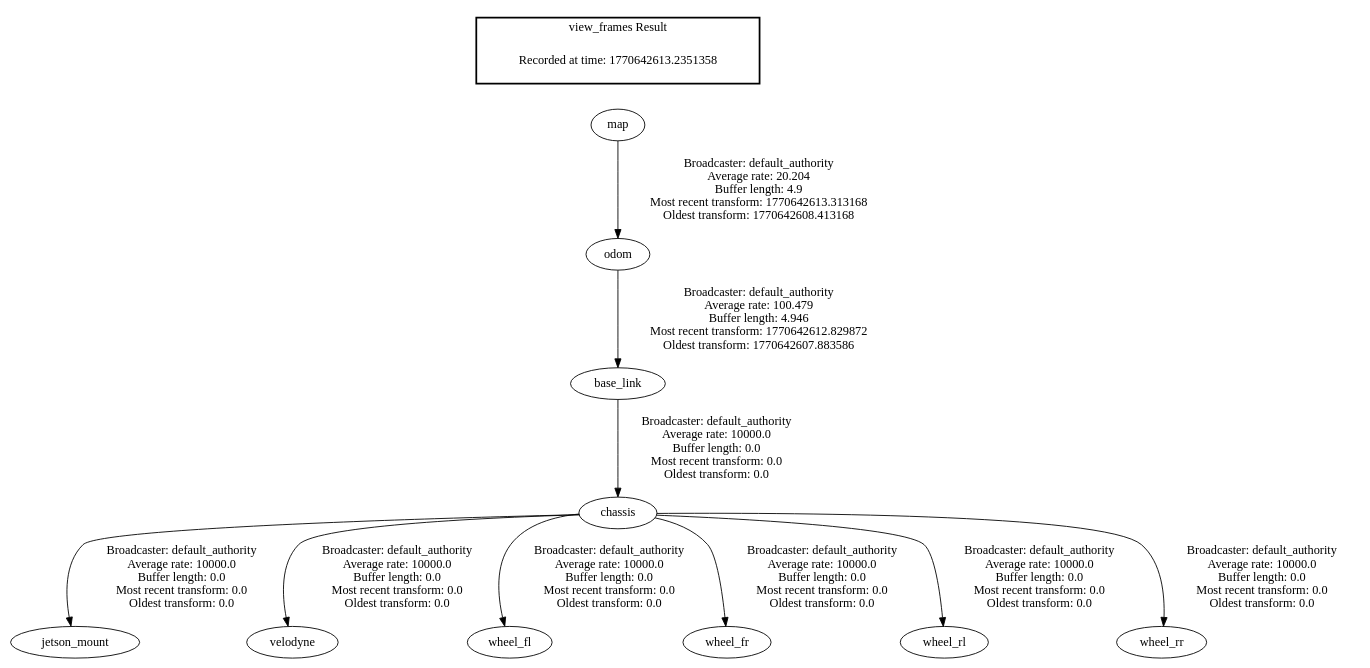
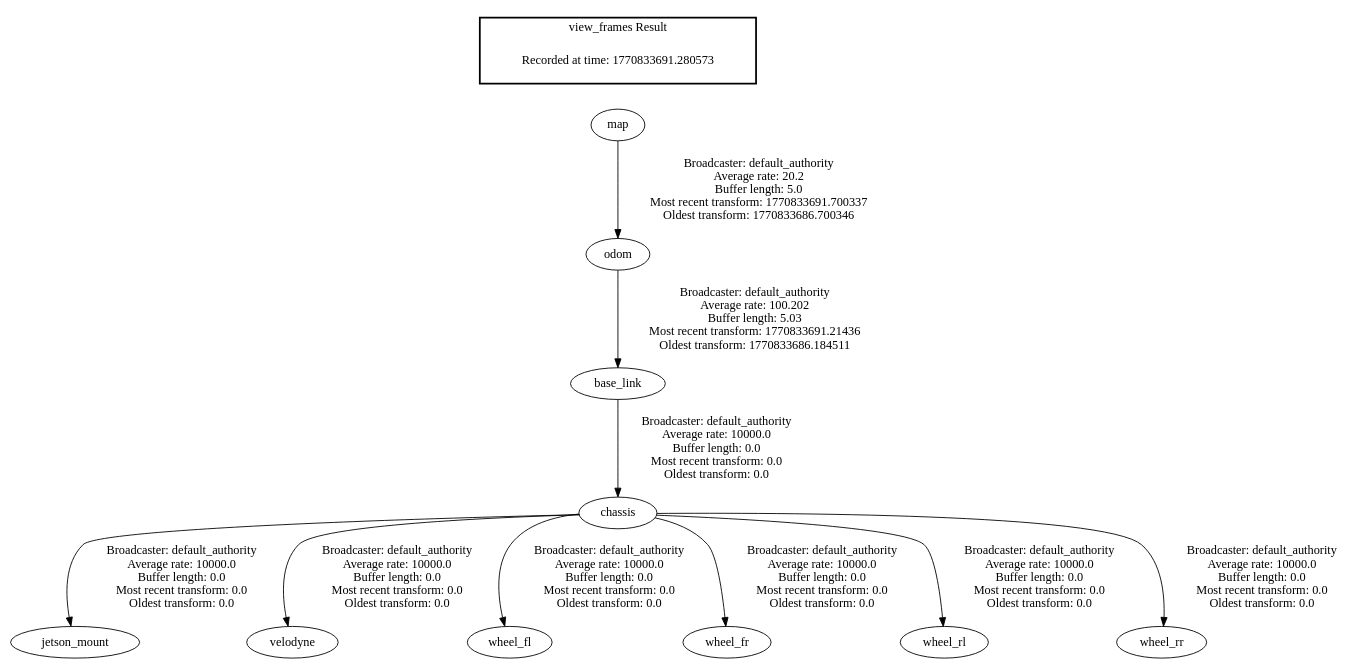
One commit to lukasderia/ros2_leo_ws changed the diagram in frames.gv. Above: the diagram before and after it, drawn with Graphviz. The commit also changed 1 other file, not shown here.

```diff
--- a/frames.gv
+++ b/frames.gv
@@ -1,15 +1,15 @@
 digraph G {
-"odom" -> "base_link"[label=" Broadcaster: default_authority\nAverage rate: 100.479\nBuffer length: 4.946\nMost recent transform: 1770642612.829872\nOldest transform: 1770642607.883586\n"];
-"map" -> "odom"[label=" Broadcaster: default_authority\nAverage rate: 20.204\nBuffer length: 4.9\nMost recent transform: 1770642613.313168\nOldest transform: 1770642608.413168\n"];
 "base_link" -> "chassis"[label=" Broadcaster: default_authority\nAverage rate: 10000.0\nBuffer length: 0.0\nMost recent transform: 0.0\nOldest transform: 0.0\n"];
+"odom" -> "base_link"[label=" Broadcaster: default_authority\nAverage rate: 100.202\nBuffer length: 5.03\nMost recent transform: 1770833691.21436\nOldest transform: 1770833686.184511\n"];
 "chassis" -> "jetson_mount"[label=" Broadcaster: default_authority\nAverage rate: 10000.0\nBuffer length: 0.0\nMost recent transform: 0.0\nOldest transform: 0.0\n"];
 "chassis" -> "velodyne"[label=" Broadcaster: default_authority\nAverage rate: 10000.0\nBuffer length: 0.0\nMost recent transform: 0.0\nOldest transform: 0.0\n"];
 "chassis" -> "wheel_fl"[label=" Broadcaster: default_authority\nAverage rate: 10000.0\nBuffer length: 0.0\nMost recent transform: 0.0\nOldest transform: 0.0\n"];
 "chassis" -> "wheel_fr"[label=" Broadcaster: default_authority\nAverage rate: 10000.0\nBuffer length: 0.0\nMost recent transform: 0.0\nOldest transform: 0.0\n"];
 "chassis" -> "wheel_rl"[label=" Broadcaster: default_authority\nAverage rate: 10000.0\nBuffer length: 0.0\nMost recent transform: 0.0\nOldest transform: 0.0\n"];
 "chassis" -> "wheel_rr"[label=" Broadcaster: default_authority\nAverage rate: 10000.0\nBuffer length: 0.0\nMost recent transform: 0.0\nOldest transform: 0.0\n"];
+"map" -> "odom"[label=" Broadcaster: default_authority\nAverage rate: 20.2\nBuffer length: 5.0\nMost recent transform: 1770833691.700337\nOldest transform: 1770833686.700346\n"];
 edge [style=invis];
  subgraph cluster_legend { style=bold; color=black; label ="view_frames Result";
-"Recorded at time: 1770642613.2351358"[ shape=plaintext ] ;
+"Recorded at time: 1770833691.280573"[ shape=plaintext ] ;
 }->"map";
 }
```
